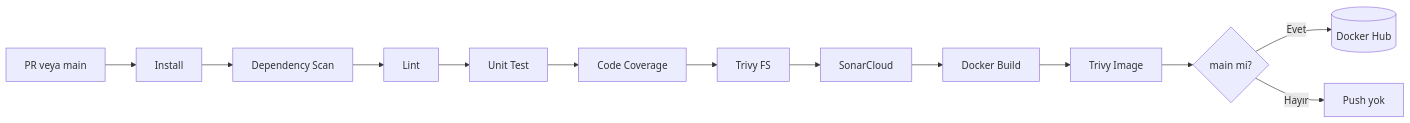
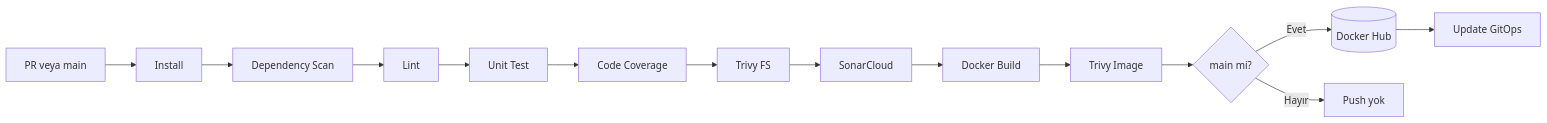
Before and after one commit to MustafaOgur/e2e-devops-platform: the second of 2 diagrams in README.md, drawn with Mermaid. The commit also changed other lines of this file and 7 other files, not shown here.

Commit message:
docs: add project overview, architecture and screenshots to README

````diff
--- a/README.md
+++ b/README.md
@@ -14,15 +105,16 @@
 ```mermaid
 flowchart LR
     pr[PR veya main] --> install[Install]
     install --> dep[Dependency Scan]
     dep --> lint[Lint]
     lint --> test[Unit Test]
     test --> cov[Code Coverage]
     cov --> fs[Trivy FS]
     fs --> sonar[SonarCloud]
     sonar --> build[Docker Build]
     build --> img[Trivy Image]
-    img --> push{main mi?}
-    push -->|Evet| hub[(Docker Hub)]
-    push -->|Hayır| stop[Push yok]
+    img --> main{main mi?}
+    main -->|Evet| hub[(Docker Hub)]
+    hub --> gitops[Update GitOps]
+    main -->|Hayır| stop[Push yok]
 ```
````
